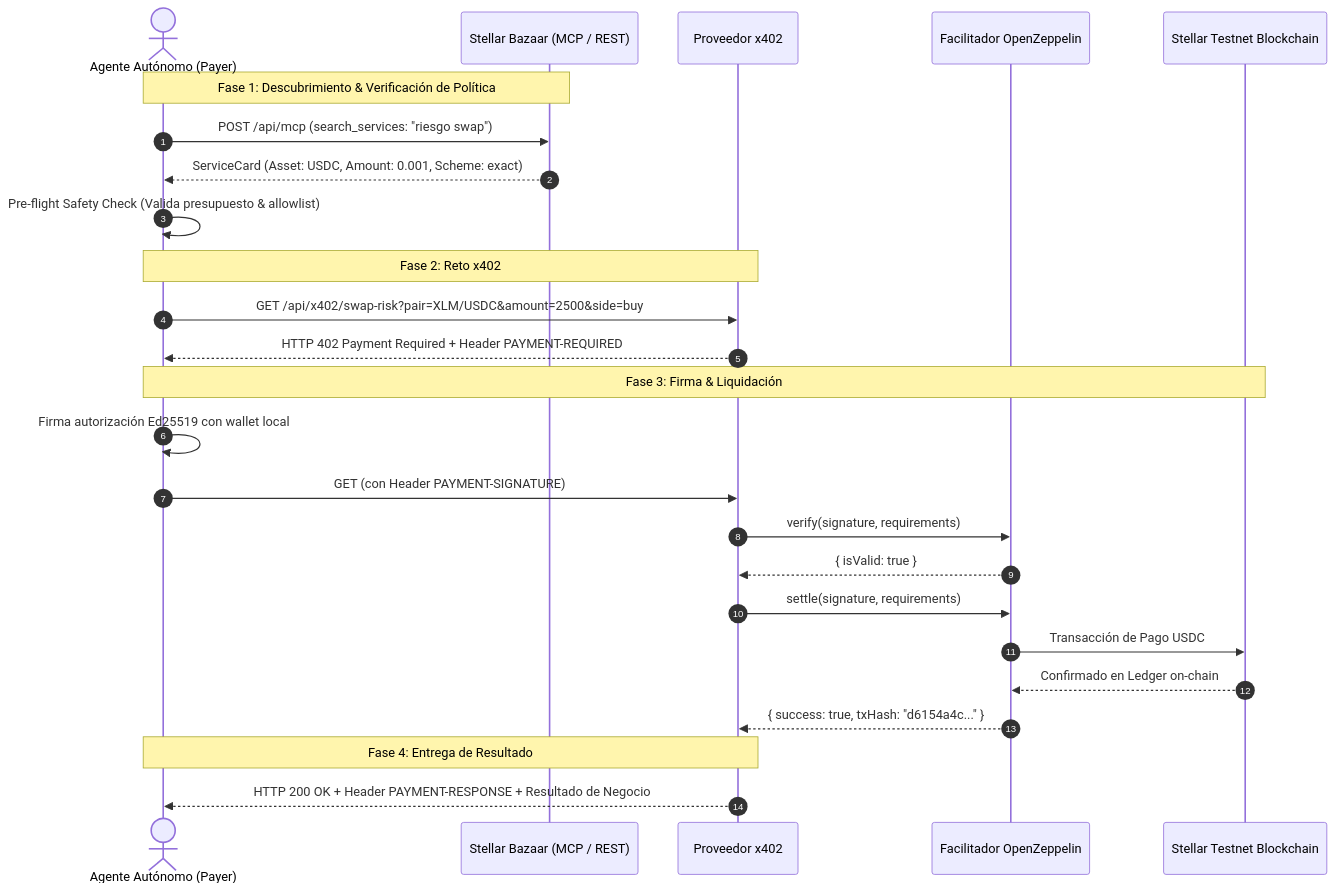
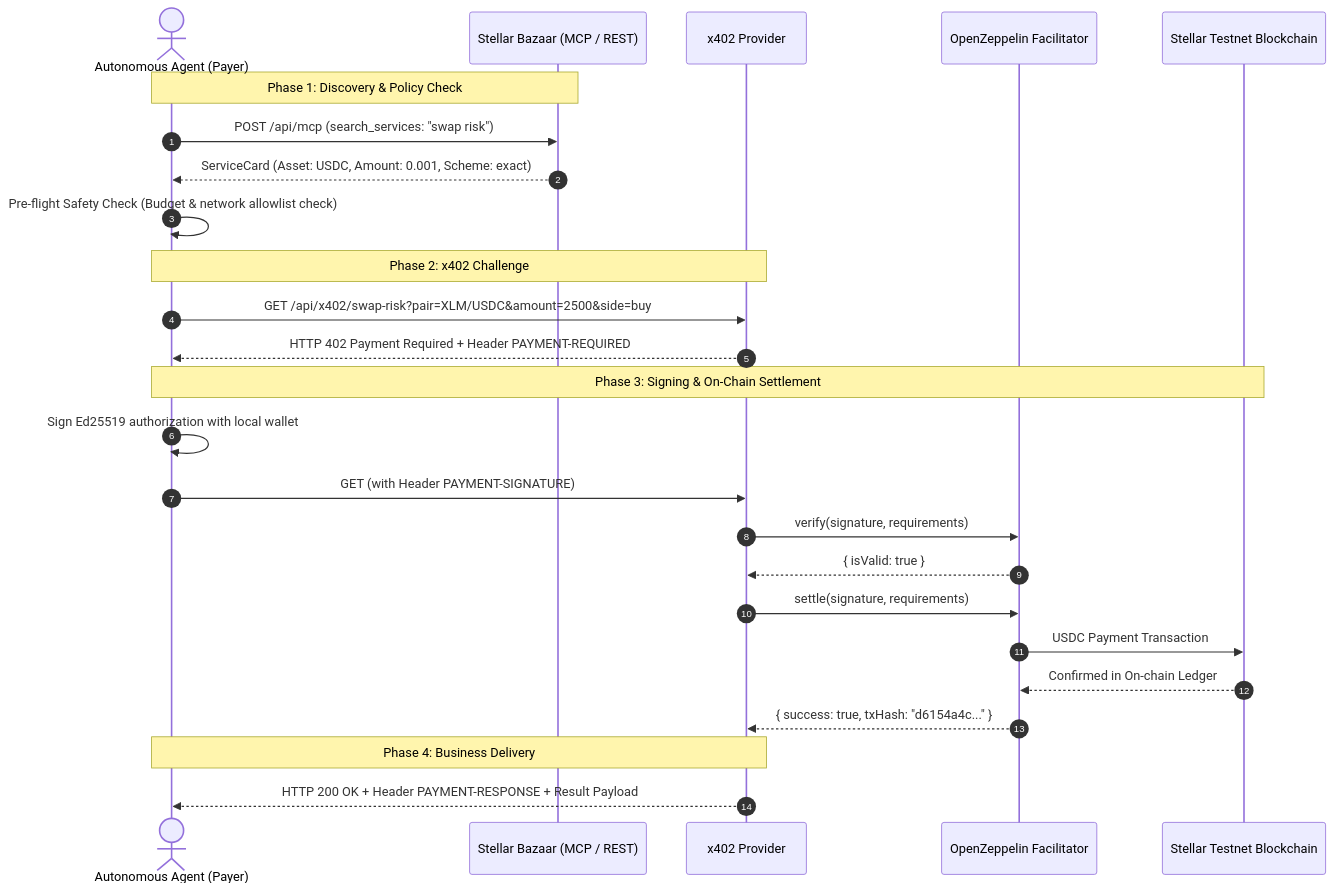
One commit to CaBsCrypto/stellar-bazaar-x402 changed the second of 2 diagrams in README.md. Above: the diagram before and after it, drawn with Mermaid. The commit also changed other lines of this file and 1 other file, not shown here.

````diff
--- a/README.md
+++ b/README.md
@@ -86,31 +95,31 @@
 ```mermaid
 sequenceDiagram
     autonumber
-    actor Agent as Agente Autónomo (Payer)
+    actor Agent as Autonomous Agent (Payer)
     participant Bazaar as Stellar Bazaar (MCP / REST)
-    participant Provider as Proveedor x402
-    participant Facilitator as Facilitador OpenZeppelin
+    participant Provider as x402 Provider
+    participant Facilitator as OpenZeppelin Facilitator
     participant Stellar as Stellar Testnet Blockchain
 
-    Note over Agent,Bazaar: Fase 1: Descubrimiento & Verificación de Política
-    Agent->>Bazaar: POST /api/mcp (search_services: "riesgo swap")
+    Note over Agent,Bazaar: Phase 1: Discovery & Policy Check
+    Agent->>Bazaar: POST /api/mcp (search_services: "swap risk")
     Bazaar-->>Agent: ServiceCard (Asset: USDC, Amount: 0.001, Scheme: exact)
-    Agent->>Agent: Pre-flight Safety Check (Valida presupuesto & allowlist)
+    Agent->>Agent: Pre-flight Safety Check (Budget & network allowlist check)
 
-    Note over Agent,Provider: Fase 2: Reto x402
+    Note over Agent,Provider: Phase 2: x402 Challenge
     Agent->>Provider: GET /api/x402/swap-risk?pair=XLM/USDC&amount=2500&side=buy
     Provider-->>Agent: HTTP 402 Payment Required + Header PAYMENT-REQUIRED
 
-    Note over Agent,Stellar: Fase 3: Firma & Liquidación
-    Agent->>Agent: Firma autorización Ed25519 con wallet local
-    Agent->>Provider: GET (con Header PAYMENT-SIGNATURE)
+    Note over Agent,Stellar: Phase 3: Signing & On-Chain Settlement
+    Agent->>Agent: Sign Ed25519 authorization with local wallet
+    Agent->>Provider: GET (with Header PAYMENT-SIGNATURE)
     Provider->>Facilitator: verify(signature, requirements)
     Facilitator-->>Provider: { isValid: true }
     Provider->>Facilitator: settle(signature, requirements)
-    Facilitator->>Stellar: Transacción de Pago USDC
-    Stellar-->>Facilitator: Confirmado en Ledger on-chain
+    Facilitator->>Stellar: USDC Payment Transaction
+    Stellar-->>Facilitator: Confirmed in On-chain Ledger
     Facilitator-->>Provider: { success: true, txHash: "d6154a4c..." }
 
-    Note over Provider,Agent: Fase 4: Entrega de Resultado
-    Provider-->>Agent: HTTP 200 OK + Header PAYMENT-RESPONSE + Resultado de Negocio
+    Note over Provider,Agent: Phase 4: Business Delivery
+    Provider-->>Agent: HTTP 200 OK + Header PAYMENT-RESPONSE + Result Payload
 ```
````
